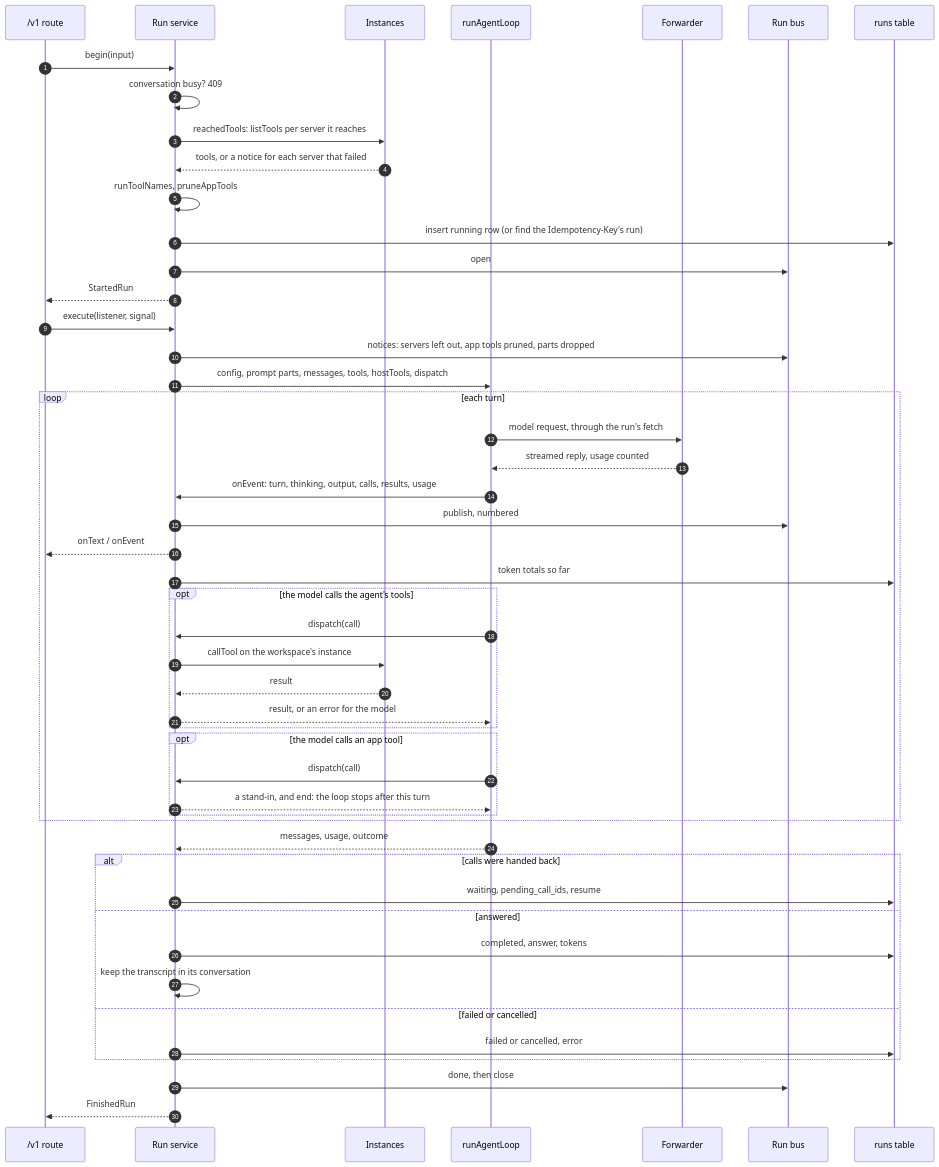
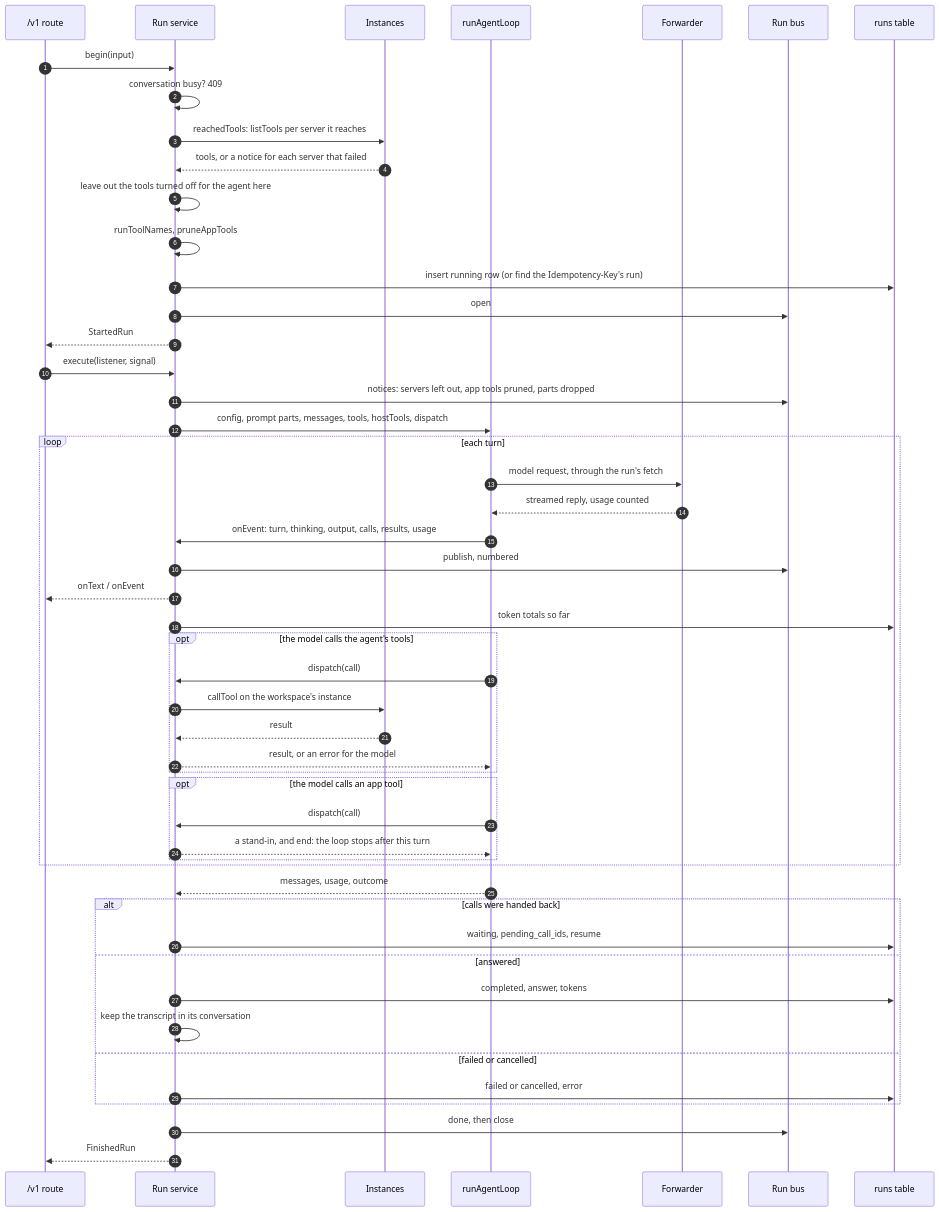
One commit to cubicecho/ai-router changed the fifth of 14 diagrams in HOW-IT-WORKS.md. Above: the diagram before and after it, drawn with Mermaid. The commit also changed other lines of this file and 14 other files, not shown here.

First line of the commit message:
feat(workspaces): turn off single tools of a workspace's server for one agent

````diff
--- a/HOW-IT-WORKS.md
+++ b/HOW-IT-WORKS.md
@@ -225,52 +225,53 @@
 ```mermaid
 sequenceDiagram
   autonumber
   participant Route as /v1 route
   participant Svc as Run service
   participant Inst as Instances
   participant Core as runAgentLoop
   participant Fwd as Forwarder
   participant Bus as Run bus
   participant DB as runs table
 
   Route->>Svc: begin(input)
   Svc->>Svc: conversation busy? 409
   Svc->>Inst: reachedTools: listTools per server it reaches
   Inst-->>Svc: tools, or a notice for each server that failed
+  Svc->>Svc: leave out the tools turned off for the agent here
   Svc->>Svc: runToolNames, pruneAppTools
   Svc->>DB: insert running row (or find the Idempotency-Key's run)
   Svc->>Bus: open
   Svc-->>Route: StartedRun
   Route->>Svc: execute(listener, signal)
   Svc->>Bus: notices: servers left out, app tools pruned, parts dropped
   Svc->>Core: config, prompt parts, messages, tools, hostTools, dispatch
   loop each turn
     Core->>Fwd: model request, through the run's fetch
     Fwd-->>Core: streamed reply, usage counted
     Core->>Svc: onEvent: turn, thinking, output, calls, results, usage
     Svc->>Bus: publish, numbered
     Svc-->>Route: onText / onEvent
     Svc->>DB: token totals so far
     opt the model calls the agent's tools
       Core->>Svc: dispatch(call)
       Svc->>Inst: callTool on the workspace's instance
       Inst-->>Svc: result
       Svc-->>Core: result, or an error for the model
     end
     opt the model calls an app tool
       Core->>Svc: dispatch(call)
       Svc-->>Core: a stand-in, and end: the loop stops after this turn
     end
   end
   Core-->>Svc: messages, usage, outcome
   alt calls were handed back
     Svc->>DB: waiting, pending_call_ids, resume
   else answered
     Svc->>DB: completed, answer, tokens
     Svc->>Svc: keep the transcript in its conversation
   else failed or cancelled
     Svc->>DB: failed or cancelled, error
   end
   Svc->>Bus: done, then close
   Svc-->>Route: FinishedRun
 ```
````
